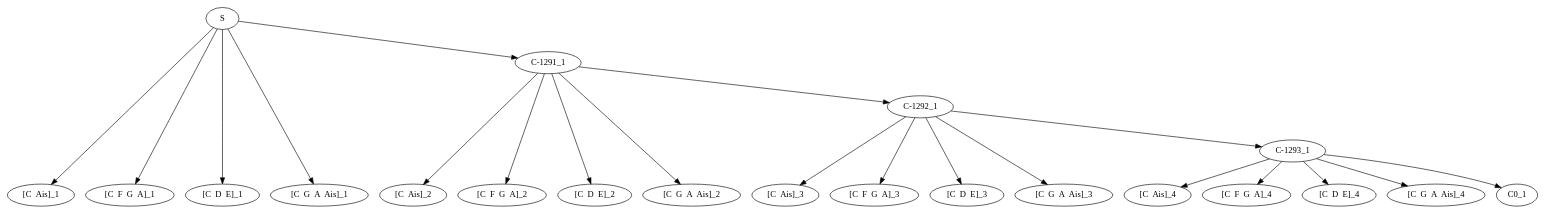
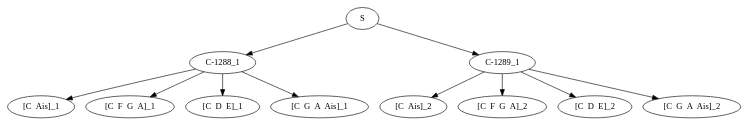
One commit to dousu/MAILM changed the diagram in RESULT/dot/generation_9_utterance_1.dot. Above: the diagram before and after it, drawn with Graphviz. The commit also changed 45 other files, not shown here.

```diff
--- a/RESULT/dot/generation_9_utterance_1.dot
+++ b/RESULT/dot/generation_9_utterance_1.dot
@@ -1,29 +1,16 @@
 digraph sample{
-"S" -> "[C  Ais]_1";
-"S" -> "[C  F  G  A]_1";
-"S" -> "[C  D  E]_1";
-"S" -> "[C  G  A  Ais]_1";
-"S" -> "C-1291_1";
-"C-1291_1" -> "[C  Ais]_2";
-"C-1291_1" -> "[C  F  G  A]_2";
-"C-1291_1" -> "[C  D  E]_2";
-"C-1291_1" -> "[C  G  A  Ais]_2";
-"C-1291_1" -> "C-1292_1";
-"C-1292_1" -> "[C  Ais]_3";
-"C-1292_1" -> "[C  F  G  A]_3";
-"C-1292_1" -> "[C  D  E]_3";
-"C-1292_1" -> "[C  G  A  Ais]_3";
-"C-1292_1" -> "C-1293_1";
-"C-1293_1" -> "[C  Ais]_4";
-"C-1293_1" -> "[C  F  G  A]_4";
-"C-1293_1" -> "[C  D  E]_4";
-"C-1293_1" -> "[C  G  A  Ais]_4";
-"C-1293_1" -> "C0_1";
+"S" -> "C-1288_1";
+"C-1288_1" -> "[C  Ais]_1";
+"C-1288_1" -> "[C  F  G  A]_1";
+"C-1288_1" -> "[C  D  E]_1";
+"C-1288_1" -> "[C  G  A  Ais]_1";
+"S" -> "C-1289_1";
+"C-1289_1" -> "[C  Ais]_2";
+"C-1289_1" -> "[C  F  G  A]_2";
+"C-1289_1" -> "[C  D  E]_2";
+"C-1289_1" -> "[C  G  A  Ais]_2";
 
 {rank = min; "S";}
-{rank = same; "C-1291_1";}
-{rank = same; "C-1292_1";}
-{rank = same; "C-1293_1";}
-{rank = same; "C0_1";}
-{rank = same; "[C  Ais]_1"; "[C  Ais]_2"; "[C  Ais]_3"; "[C  Ais]_4"; "[C  D  E]_1"; "[C  D  E]_2"; "[C  D  E]_3"; "[C  D  E]_4"; "[C  F  G  A]_1"; "[C  F  G  A]_2"; "[C  F  G  A]_3"; "[C  F  G  A]_4"; "[C  G  A  Ais]_1"; "[C  G  A  Ais]_2"; "[C  G  A  Ais]_3"; "[C  G  A  Ais]_4";}
+{rank = same; "C-1288_1"; "C-1289_1";}
+{rank = same; "[C  Ais]_1"; "[C  Ais]_2"; "[C  D  E]_1"; "[C  D  E]_2"; "[C  F  G  A]_1"; "[C  F  G  A]_2"; "[C  G  A  Ais]_1"; "[C  G  A  Ais]_2";}
 }
```
